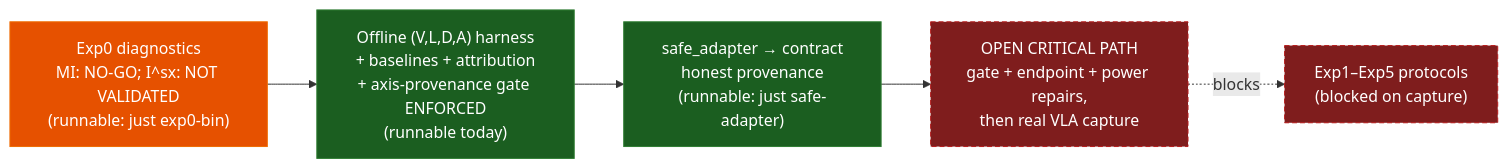
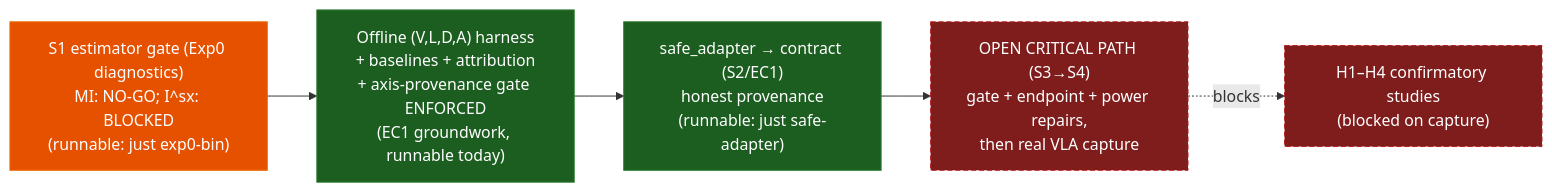
One commit to sepahead/prisoma changed the diagram in README.md. Above: the diagram before and after it, drawn with Mermaid. The commit also changed other lines of this file and 22 other files, not shown here.

````diff
--- a/README.md
+++ b/README.md
@@ -77,17 +84,17 @@
 ```mermaid
 flowchart LR
     classDef run fill:#1b5e20,stroke:#2e7d32,color:#fff;
     classDef gate fill:#e65100,stroke:#ef6c00,color:#fff;
     classDef blocked fill:#7f1d1d,stroke:#b71c1c,color:#fff,stroke-dasharray:5 3;
 
-    Exp0["Exp0 diagnostics<br/>MI: NO-GO; I^sx: NOT VALIDATED<br/>(runnable: just exp0-bin)"]:::gate
-    Harness["Offline (V,L,D,A) harness<br/>+ baselines + attribution<br/>+ axis-provenance gate ENFORCED<br/>(runnable today)"]:::run
-    Adapter["safe_adapter → contract<br/>honest provenance<br/>(runnable: just safe-adapter)"]:::run
-    Capture["OPEN CRITICAL PATH<br/>gate + endpoint + power repairs,<br/>then real VLA capture"]:::blocked
-    Exps["Exp1–Exp5 protocols<br/>(blocked on capture)"]:::blocked
+    Exp0["S1 estimator gate (Exp0 diagnostics)<br/>MI: NO-GO; I^sx: BLOCKED<br/>(runnable: just exp0-bin)"]:::gate
+    Harness["Offline (V,L,D,A) harness<br/>+ baselines + attribution<br/>+ axis-provenance gate ENFORCED<br/>(EC1 groundwork, runnable today)"]:::run
+    Adapter["safe_adapter → contract (S2/EC1)<br/>honest provenance<br/>(runnable: just safe-adapter)"]:::run
+    Capture["OPEN CRITICAL PATH (S3→S4)<br/>gate + endpoint + power repairs,<br/>then real VLA capture"]:::blocked
+    Exps["H1–H4 confirmatory studies<br/>(blocked on capture)"]:::blocked
 
     Exp0 --> Harness
     Harness --> Adapter
     Adapter --> Capture
     Capture -. blocks .-> Exps
 ```
````
